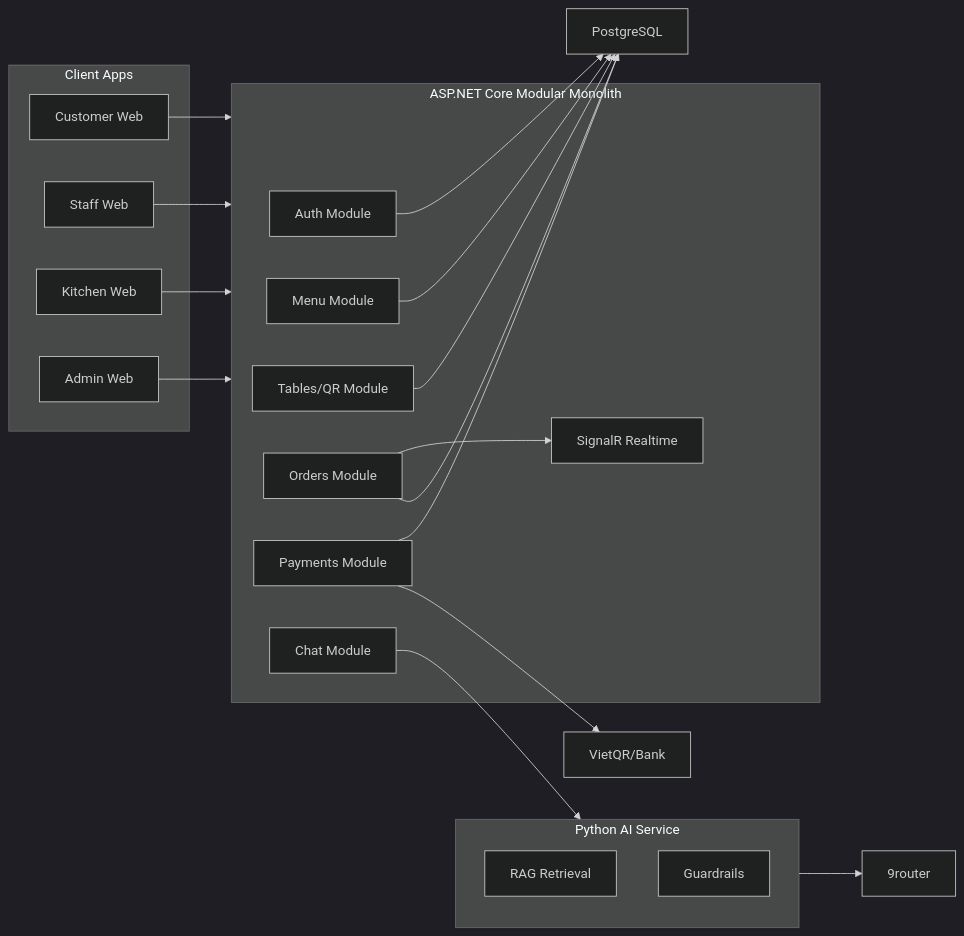
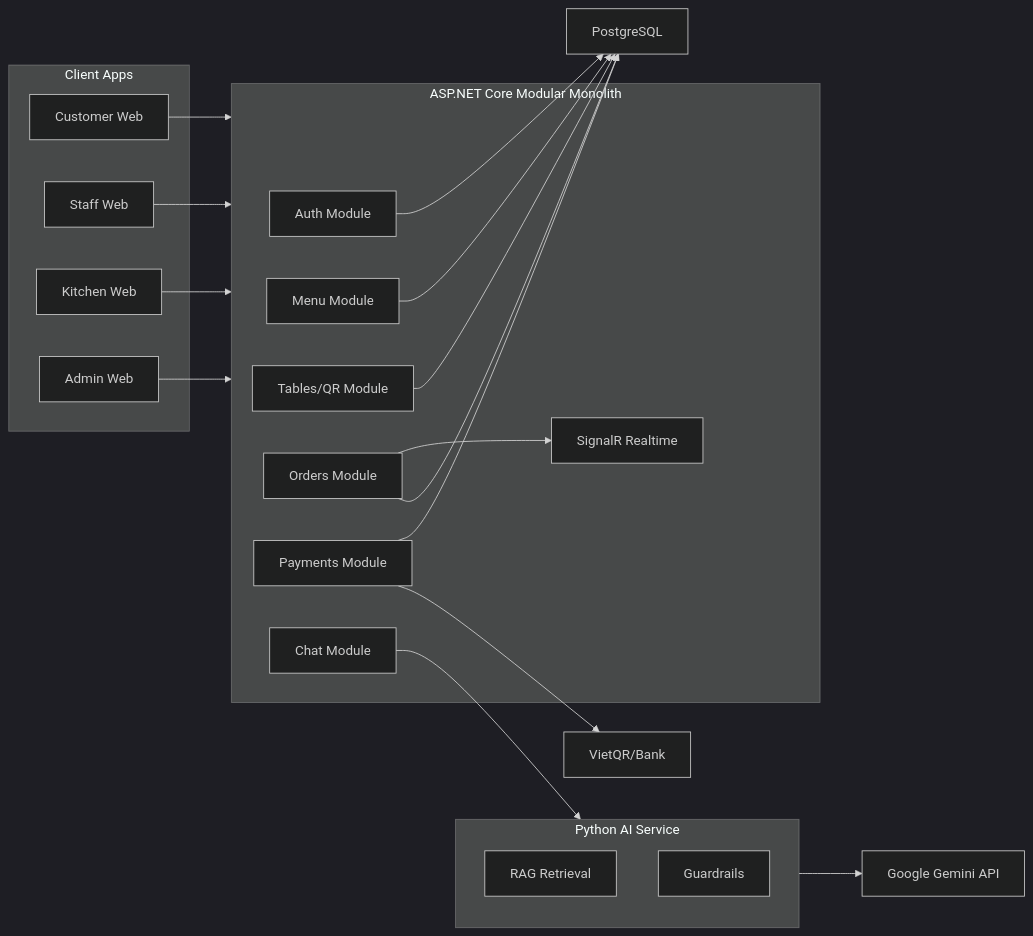
One commit to Anpham120/restaurant-qr-ai-ordering changed diagram 12 of 13 in docs/BA_SA_SYSTEM_DESIGN.md. Above: the diagram before and after it, drawn with Mermaid (dark theme). The commit also changed other lines of this file and 16 other files, not shown here.

````diff
--- a/docs/BA_SA_SYSTEM_DESIGN.md
+++ b/docs/BA_SA_SYSTEM_DESIGN.md
@@ -442,42 +442,42 @@
 ```mermaid
 flowchart LR
     subgraph Browser["Client Apps"]
       CustomerWeb["Customer Web"]
       StaffWeb["Staff Web"]
       KitchenWeb["Kitchen Web"]
       AdminWeb["Admin Web"]
     end
 
     subgraph Backend["ASP.NET Core Modular Monolith"]
       Auth["Auth Module"]
       Menu["Menu Module"]
       Tables["Tables/QR Module"]
       Orders["Orders Module"]
       Payments["Payments Module"]
       Chat["Chat Module"]
       Realtime["SignalR Realtime"]
     end
 
     subgraph AIBox["Python AI Service"]
       Rag["RAG Retrieval"]
       Guardrails["Guardrails"]
     end
 
     DB["PostgreSQL"]
-    Router["9router"]
+    Router["Google Gemini API"]
     Bank["VietQR/Bank"]
 
     CustomerWeb --> Backend
     StaffWeb --> Backend
     KitchenWeb --> Backend
     AdminWeb --> Backend
     Orders --> Realtime
     Auth --> DB
     Menu --> DB
     Tables --> DB
     Orders --> DB
     Payments --> DB
     Chat --> AIBox
     AIBox --> Router
     Payments --> Bank
 ```
````
